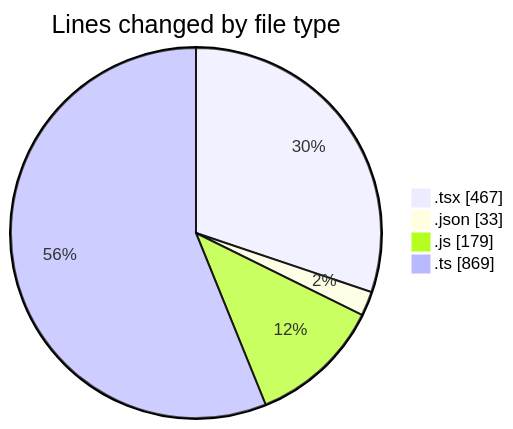
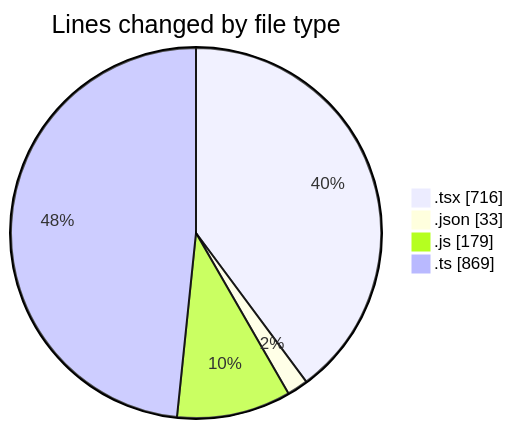
Before and after one commit to robertbonfada/code-tracking: the first of 2 diagrams in 2025-01-28/mbc-web/README.md, drawn with Mermaid. The commit also changed other lines of this file and 1 other file, not shown here.

````diff
--- a/2025-01-28/mbc-web/README.md
+++ b/2025-01-28/mbc-web/README.md
@@ -24,8 +25,8 @@
 ```mermaid
 pie showData
 title Lines changed by file type
-".tsx" : 467
+".tsx" : 716
 ".json" : 33
 ".js" : 179
 ".ts" : 869
 ```
````
